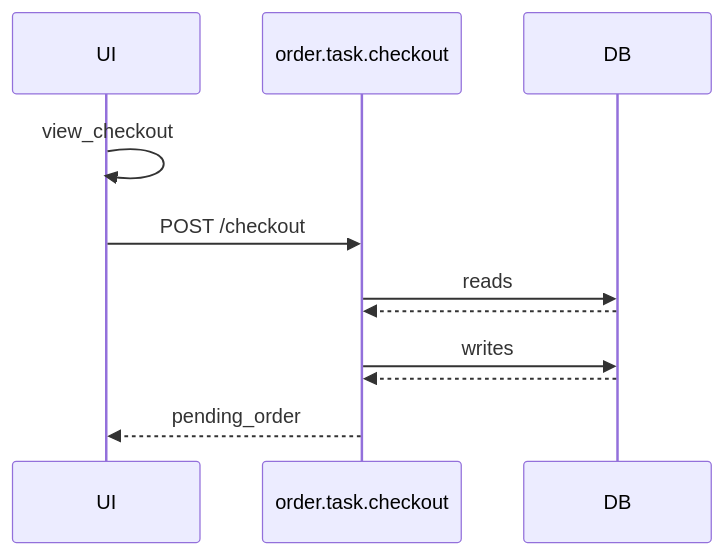
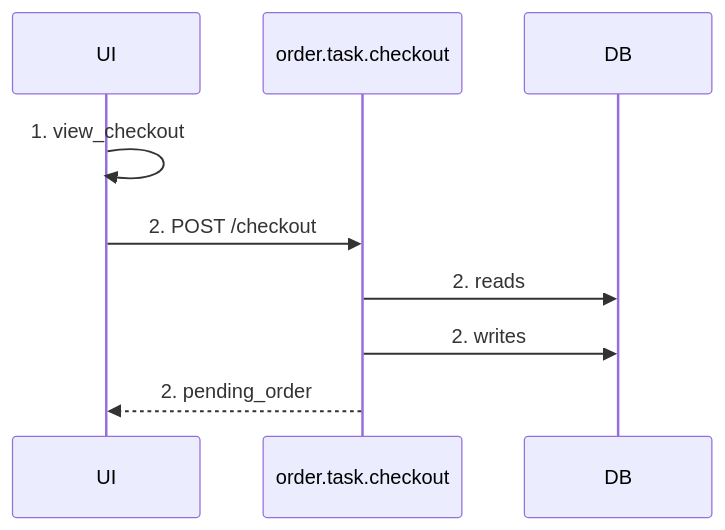
One commit to hiroshiasayadev-prog/brewprint changed the first of 2 diagrams in docs/uc/001-ec-checkout-flow/docs/render-seq.md. Above: the diagram before and after it, drawn with Mermaid. The commit also changed other lines of this file and 2 other files, not shown here.

Commit message:
docs: Document sequence diagram message rendering rules

````diff
--- a/docs/uc/001-ec-checkout-flow/docs/render-seq.md
+++ b/docs/uc/001-ec-checkout-flow/docs/render-seq.md
@@ -11,14 +11,12 @@
 ```mermaid
 sequenceDiagram
   participant UI
   participant API as order.task.checkout
   participant DB
 
-  UI->>UI: view_checkout
-  UI->>API: POST /checkout
-  API->>DB: reads
-  DB-->>API:
-  API->>DB: writes
-  DB-->>API:
-  API-->>UI: pending_order
+  UI->>UI: 1. view_checkout
+  UI->>API: 2. POST /checkout
+  API->>DB: 2. reads
+  API->>DB: 2. writes
+  API-->>UI: 2. pending_order
 ```
````
